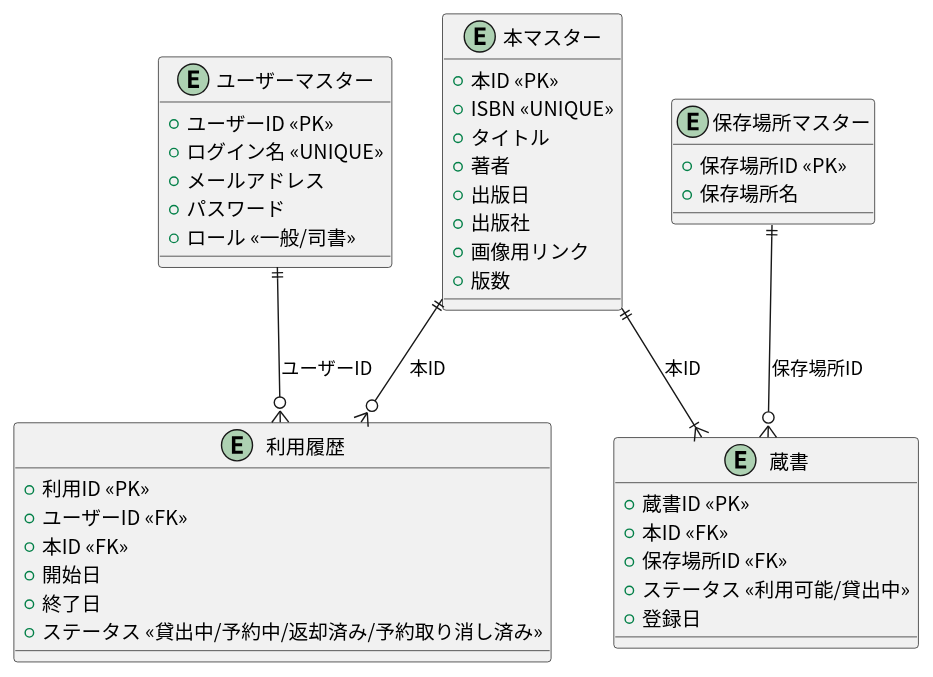
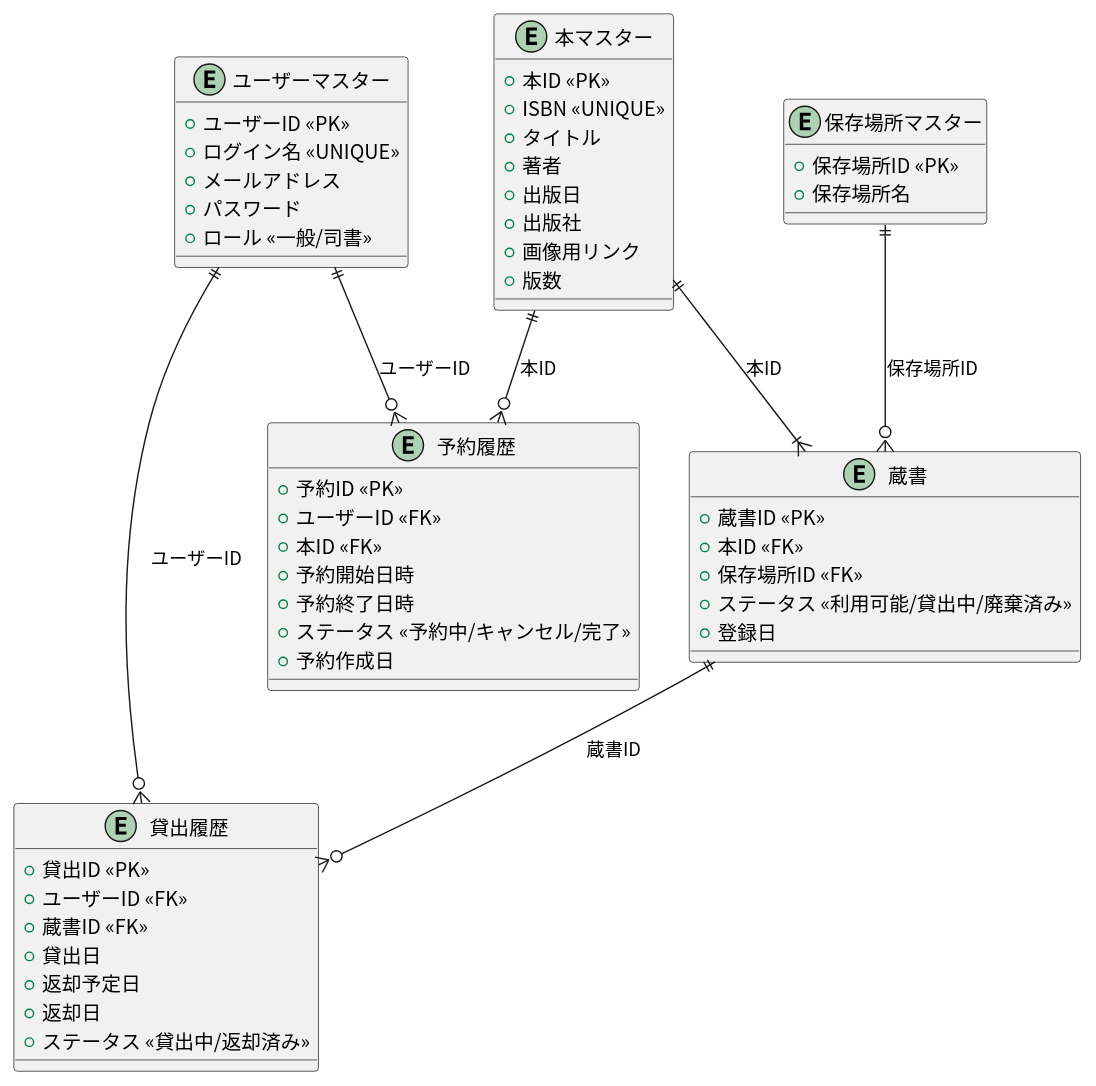
The diagram in docs/ER/er.pu (tomoki-shiozaki/distributed-library), drawn with PlantUML before and after one commit. The commit also changed 1 other file, not shown here.

Commit message:
add ER diagram

```diff
--- a/docs/ER/er.pu
+++ b/docs/ER/er.pu
@@ -1,51 +1,64 @@
 @startuml er
  skinparam defaultFontName "Noto Sans CJK JP"
- entity "ユーザーマスター" {
+ entity "ユーザーマスター" as User {
    +ユーザーID <<PK>>
    +ログイン名 <<UNIQUE>>
    +メールアドレス
    +パスワード
    +ロール <<一般/司書>>
  }
  
  entity "本マスター" as book {
    +本ID <<PK>>
    +ISBN <<UNIQUE>>
    +タイトル 
    +著者
    +出版日
    +出版社
    +画像用リンク
    +版数
  }
 
  entity "蔵書" as Copy {
    +蔵書ID <<PK>>
    +本ID <<FK>>
    +保存場所ID <<FK>>
-   +ステータス <<利用可能/貸出中>>
+   +ステータス <<利用可能/貸出中/廃棄済み>>
    +登録日
  }
 
  entity "保存場所マスター" as Location {
    +保存場所ID <<PK>>
    +保存場所名
  }
 
- entity "利用履歴" {
-   +利用ID <<PK>>
-   +ユーザーID <<FK>>
-   +本ID <<FK>>
-   +開始日
-   +終了日
-   +ステータス <<貸出中/予約中/返却済み/予約取り消し済み>>
+ entity "貸出履歴" as LoanHistory {
+  +貸出ID <<PK>>
+  +ユーザーID <<FK>>
+  +蔵書ID <<FK>>
+  +貸出日 
+  +返却予定日 
+  +返却日
+  +ステータス <<貸出中/返却済み>>
  }
 
+ entity "予約履歴" as ReservationHistory {
+  +予約ID <<PK>>
+  +ユーザーID <<FK>>
+  +本ID <<FK>>
+  +予約開始日時
+  +予約終了日時
+  +ステータス <<予約中/キャンセル/完了>>
+  +予約作成日
+ }
  
- 
- "ユーザーマスター" ||--o{ "利用履歴" : ユーザーID
- book ||--o{ "利用履歴" : 本ID
+ User ||--o{ LoanHistory : ユーザーID
+ Copy ||--o{ LoanHistory : 蔵書ID
  book ||--|{ Copy : 本ID
- Location ||--o{ "Copy" : 保存場所ID
+ Location ||--o{ Copy : 保存場所ID
+
+ User ||--o{ ReservationHistory : ユーザーID
+ book ||--o{ ReservationHistory : 本ID
+
 
  @enduml
```
